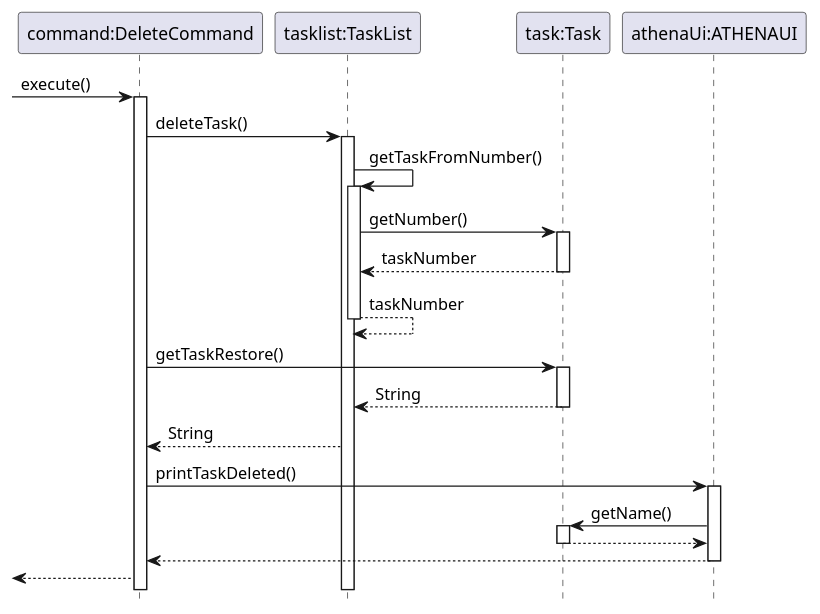
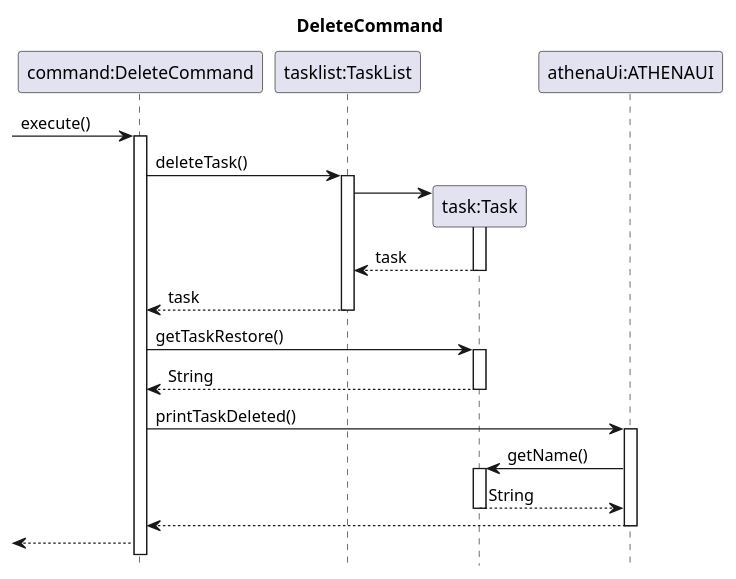
The diagram in docs/sequenceDiagrams/DeleteCommand.puml (wish2023/tp), drawn with PlantUML before and after one commit. The commit also changed 10 other files, not shown here.

```diff
--- a/docs/sequenceDiagrams/DeleteCommand.puml
+++ b/docs/sequenceDiagrams/DeleteCommand.puml
@@ -1,27 +1,26 @@
 @startuml
 hide footbox
-
+title DeleteCommand
 participant "command:DeleteCommand" as DeleteCommand
 participant "tasklist:TaskList" as TaskList
 participant "task:Task" as Task
 participant "athenaUi:ATHENAUI" as AthenaUI
 
 ->DeleteCommand: execute()
 activate DeleteCommand
 DeleteCommand->TaskList: deleteTask()
 activate TaskList
-TaskList->TaskList++: getTaskFromNumber()
-TaskList->Task++:getNumber()
-Task-->TaskList--: taskNumber
-TaskList-->TaskList--:taskNumber
+TaskList->Task**
+activate Task
+return task
+return task
 DeleteCommand->Task++:getTaskRestore()
-Task-->TaskList--: String
-TaskList-->DeleteCommand: String
+return String
 DeleteCommand->AthenaUI++: printTaskDeleted()
 AthenaUI->Task++:getName()
-Task-->AthenaUI--:
+return String
 AthenaUI-->DeleteCommand--:
 <--DeleteCommand:
 
 
 @enduml
```
